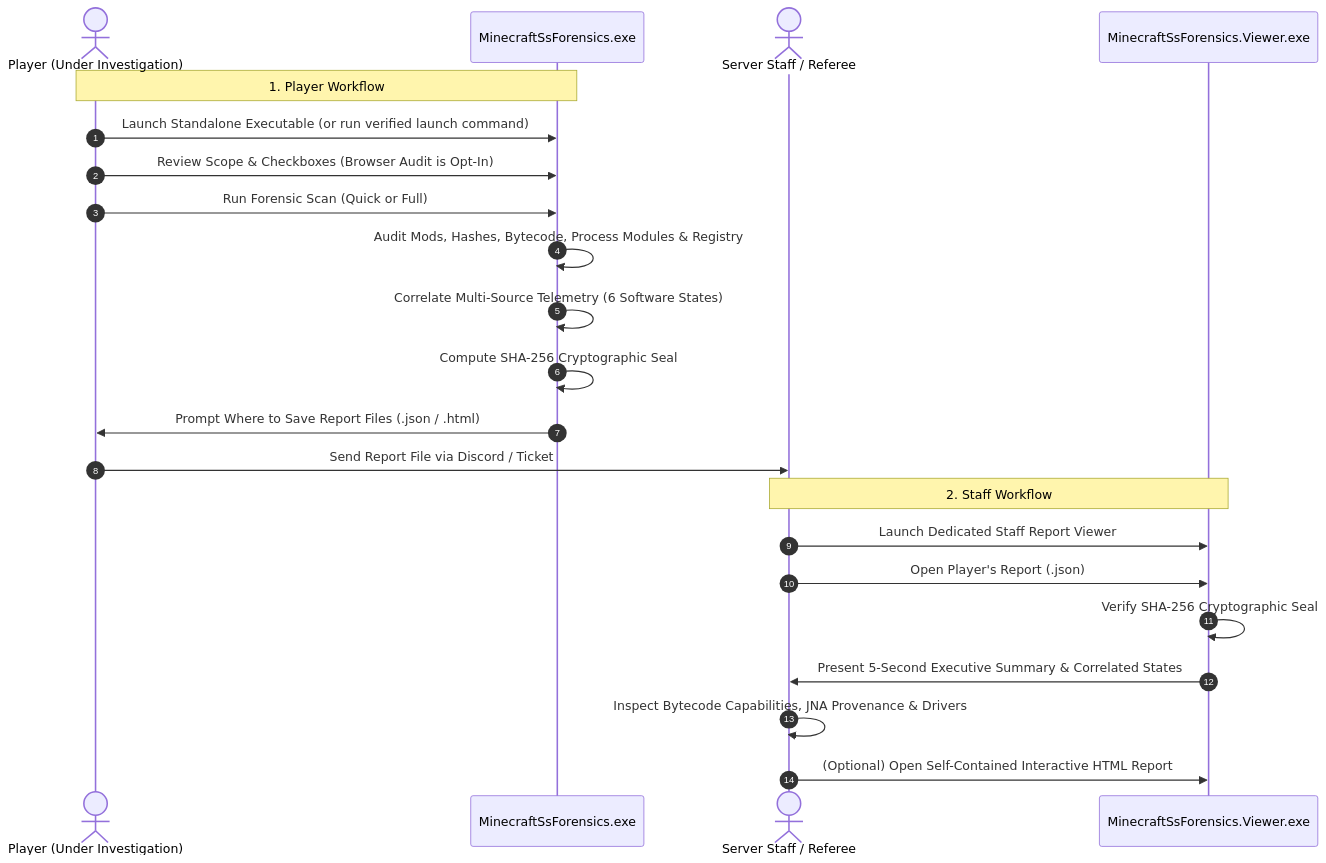
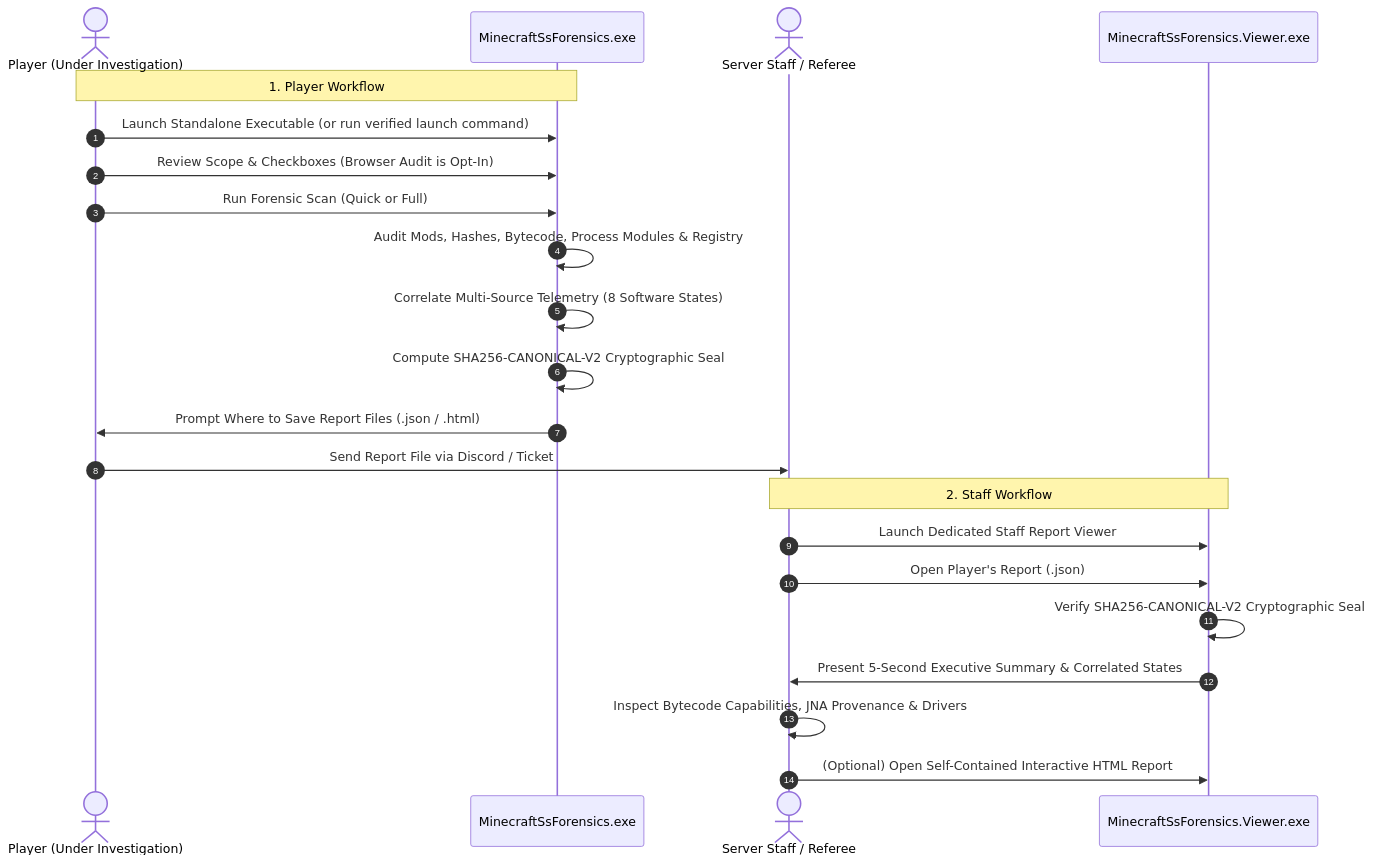
One commit to TanmayGarg2009/minecraft-ss-forensics changed the diagram in README.md. Above: the diagram before and after it, drawn with Mermaid. The commit also changed other lines of this file and 64 other files, not shown here.

````diff
--- a/README.md
+++ b/README.md
@@ -17,26 +17,26 @@
 ```mermaid
 sequenceDiagram
     autonumber
     actor Player as Player (Under Investigation)
     participant App as MinecraftSsForensics.exe
     actor Staff as Server Staff / Referee
     participant Viewer as MinecraftSsForensics.Viewer.exe
 
     Note over Player,App: 1. Player Workflow
     Player->>App: Launch Standalone Executable (or run verified launch command)
     Player->>App: Review Scope & Checkboxes (Browser Audit is Opt-In)
     Player->>App: Run Forensic Scan (Quick or Full)
     App->>App: Audit Mods, Hashes, Bytecode, Process Modules & Registry
-    App->>App: Correlate Multi-Source Telemetry (6 Software States)
-    App->>App: Compute SHA-256 Cryptographic Seal
+    App->>App: Correlate Multi-Source Telemetry (8 Software States)
+    App->>App: Compute SHA256-CANONICAL-V2 Cryptographic Seal
     App->>Player: Prompt Where to Save Report Files (.json / .html)
     Player->>Staff: Send Report File via Discord / Ticket
 
     Note over Staff,Viewer: 2. Staff Workflow
     Staff->>Viewer: Launch Dedicated Staff Report Viewer
     Staff->>Viewer: Open Player's Report (.json)
-    Viewer->>Viewer: Verify SHA-256 Cryptographic Seal
+    Viewer->>Viewer: Verify SHA256-CANONICAL-V2 Cryptographic Seal
     Viewer->>Staff: Present 5-Second Executive Summary & Correlated States
     Staff->>Staff: Inspect Bytecode Capabilities, JNA Provenance & Drivers
     Staff->>Viewer: (Optional) Open Self-Contained Interactive HTML Report
 ```
````
